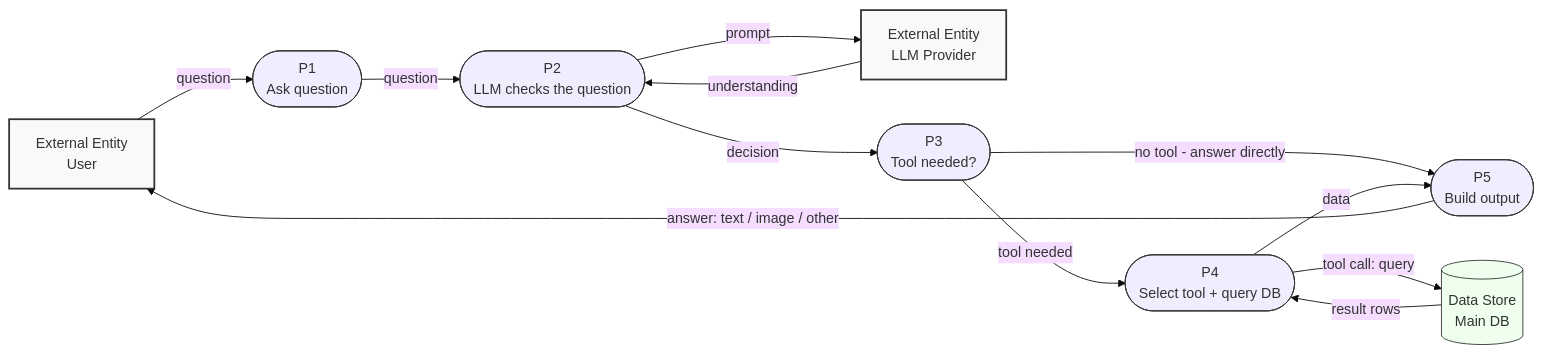
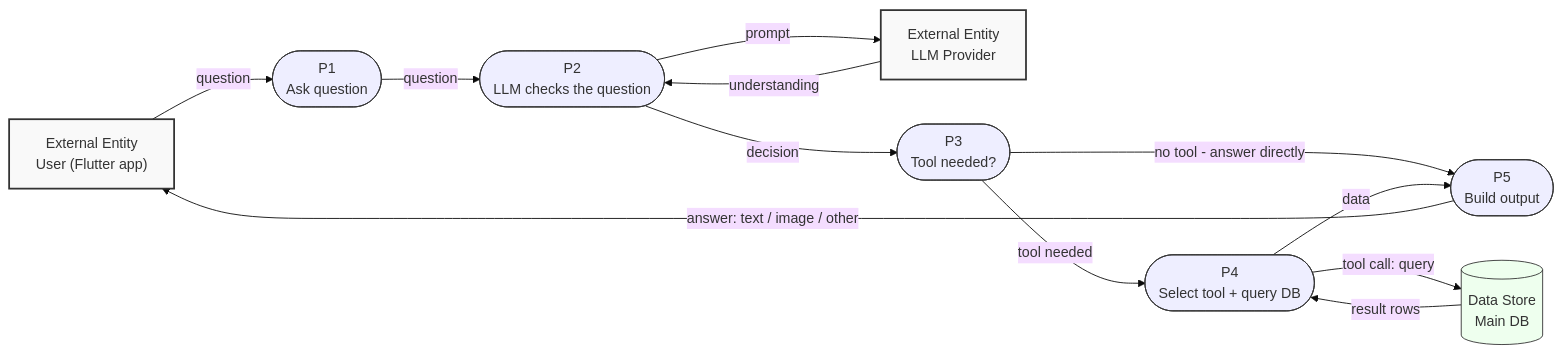
One commit to NullCorvus/finance-ai changed the fourth of 4 diagrams in docs/ARCHITECTURE.md. Above: the diagram before and after it, drawn with Mermaid (base theme). The commit also changed other lines of this file and 24 other files, not shown here.

````diff
--- a/docs/ARCHITECTURE.md
+++ b/docs/ARCHITECTURE.md
@@ -140,27 +147,27 @@
 ```mermaid
 flowchart LR
-    User["External Entity<br/>User"]:::entity
+    User["External Entity<br/>User (Flutter app)"]:::entity
     LLM["External Entity<br/>LLM Provider"]:::entity
     P1(["P1<br/>Ask question"]):::process
     P2(["P2<br/>LLM checks the question"]):::process
     P3(["P3<br/>Tool needed?"]):::process
     P4(["P4<br/>Select tool + query DB"]):::process
     P5(["P5<br/>Build output"]):::process
     D1[("Data Store<br/>Main DB")]:::store
 
     User -->|"question"| P1
     P1 -->|"question"| P2
     P2 -->|"prompt"| LLM
     LLM -->|"understanding"| P2
     P2 -->|"decision"| P3
     P3 -->|"no tool - answer directly"| P5
     P3 -->|"tool needed"| P4
     P4 -->|"tool call: query"| D1
     D1 -->|"result rows"| P4
     P4 -->|"data"| P5
     P5 -->|"answer: text / image / other"| User
 
     classDef entity fill:#f9f9f9,stroke:#333,stroke-width:2px;
     classDef process fill:#eef,stroke:#333;
     classDef store fill:#efe,stroke:#333;
 ```
````
